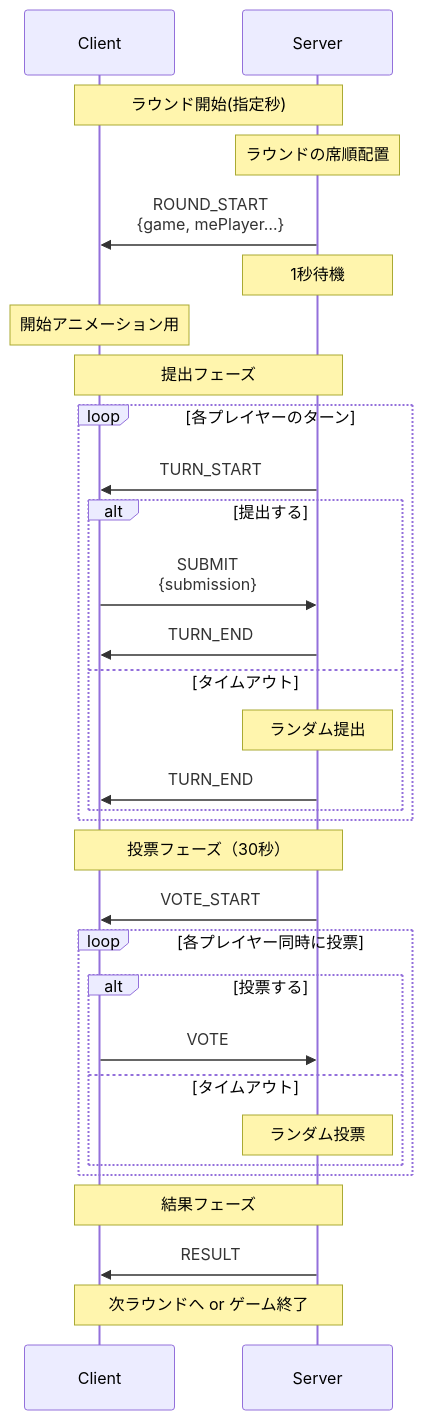
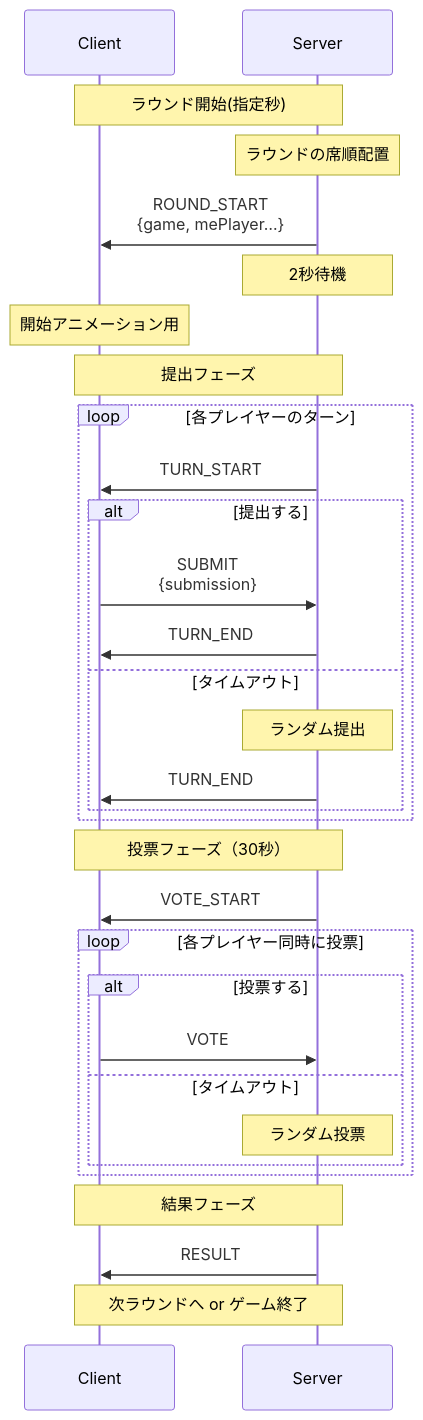
The second of 2 diagrams in docs/omojan-overview.md (sendo-kakeru/omojan), drawn with Mermaid before and after one commit. The commit also changed 3 other files, not shown here.

````diff
--- a/docs/omojan-overview.md
+++ b/docs/omojan-overview.md
@@ -65,43 +65,43 @@
 ```mermaid
 sequenceDiagram
     participant C as Client
     participant S as Server
 
     Note over C,S: ラウンド開始(指定秒)
 
     Note over S: ラウンドの席順配置
     S->>C: ROUND_START<br/>{game, mePlayer…}
-    Note over S: 1秒待機
+    Note over S: 2秒待機
     Note over C: 開始アニメーション用
 
     Note over C,S: 提出フェーズ
 
     loop 各プレイヤーのターン
         S->>C: TURN_START
         alt 提出する
             C->>S: SUBMIT<br/>{submission}
             S->>C: TURN_END
         else タイムアウト
             Note over S: ランダム提出
             S->>C: TURN_END
         end
     end
 
     Note over C,S: 投票フェーズ（30秒）
 
     S->>C: VOTE_START
 
     loop 各プレイヤー同時に投票
         alt 投票する
             C->>S: VOTE
         else タイムアウト
             Note over S: ランダム投票
         end
     end
 
     Note over C,S: 結果フェーズ
 
     S->>C: RESULT
 
     Note over C,S: 次ラウンドへ or ゲーム終了
 ```
````
